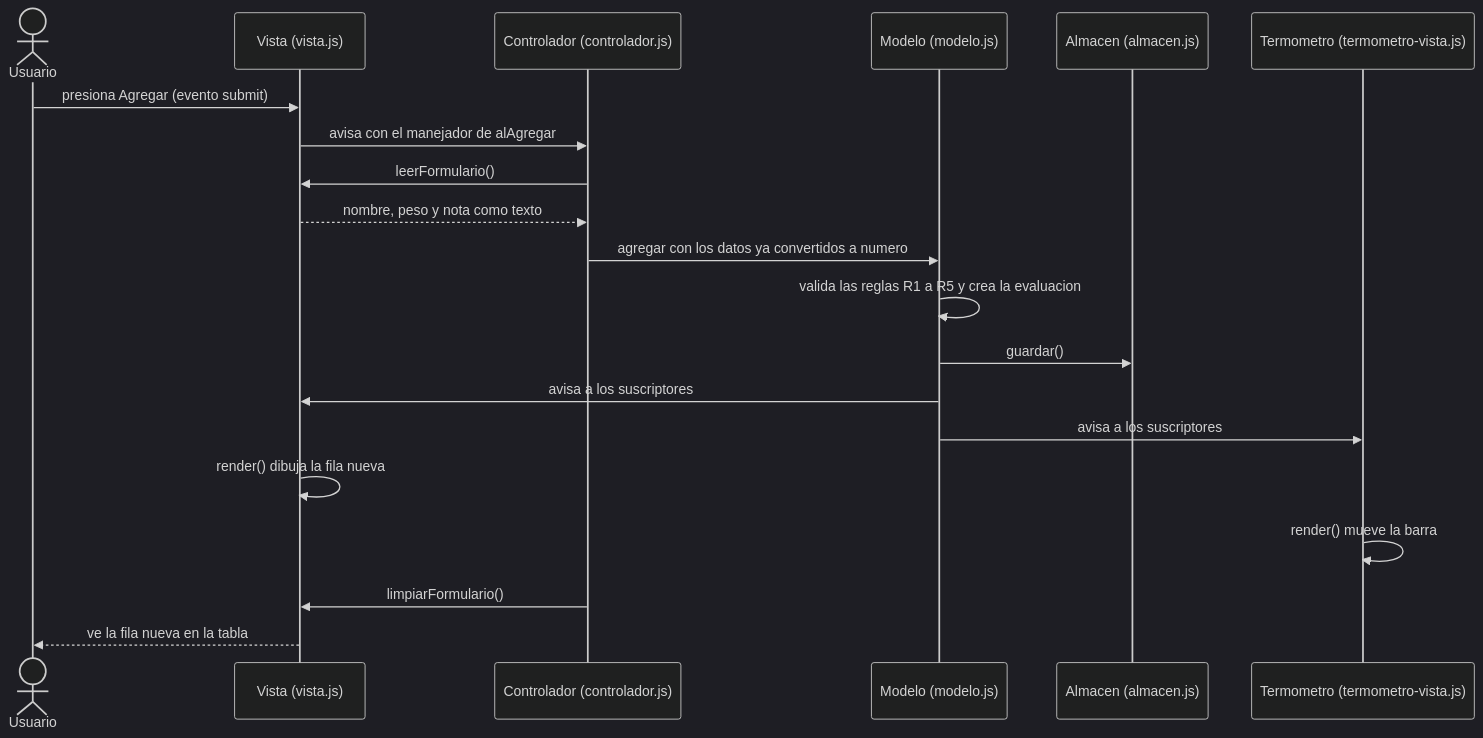
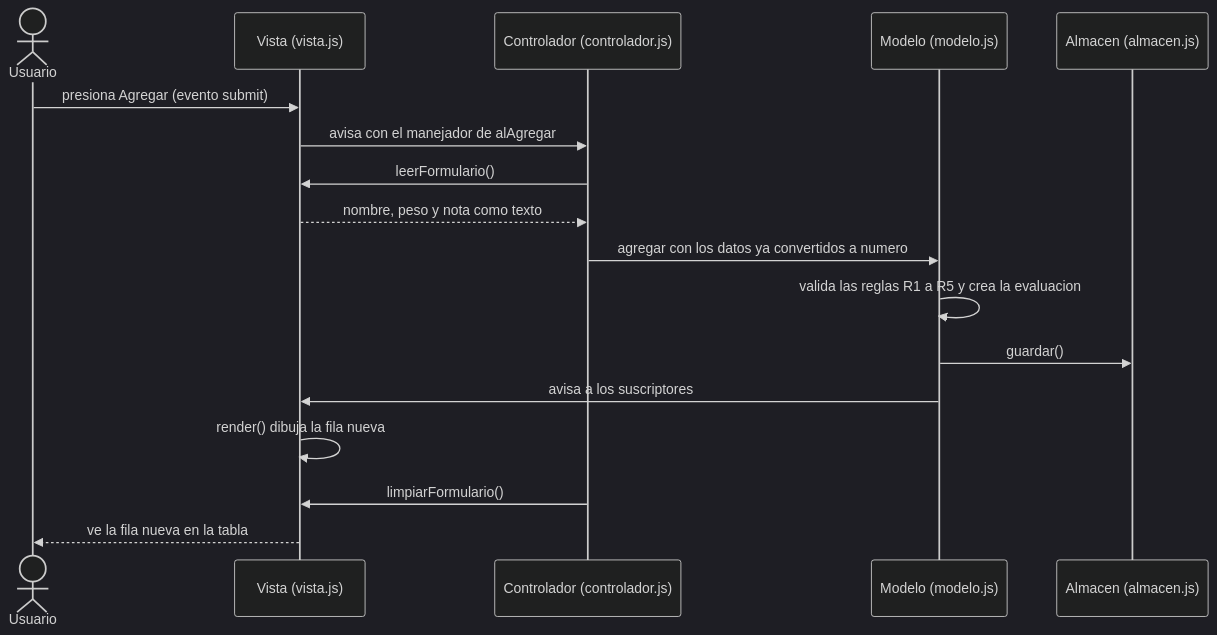
One commit to juanrestrepoas-cpu/laboratorio-mvc-notas changed the diagram in ENTREGA.md. Above: the diagram before and after it, drawn with Mermaid (dark theme). The commit also changed other lines of this file, not shown here.

````diff
--- a/ENTREGA.md
+++ b/ENTREGA.md
@@ -50,23 +58,20 @@
 ```mermaid
 sequenceDiagram
     actor U as Usuario
     participant V as Vista (vista.js)
     participant C as Controlador (controlador.js)
     participant M as Modelo (modelo.js)
     participant A as Almacen (almacen.js)
-    participant T as Termometro (termometro-vista.js)
 
     U->>V: presiona Agregar (evento submit)
     V->>C: avisa con el manejador de alAgregar
     C->>V: leerFormulario()
     V-->>C: nombre, peso y nota como texto
     C->>M: agregar con los datos ya convertidos a numero
     M->>M: valida las reglas R1 a R5 y crea la evaluacion
     M->>A: guardar()
     M->>V: avisa a los suscriptores
-    M->>T: avisa a los suscriptores
     V->>V: render() dibuja la fila nueva
-    T->>T: render() mueve la barra
     C->>V: limpiarFormulario()
     V-->>U: ve la fila nueva en la tabla
 ```
````
